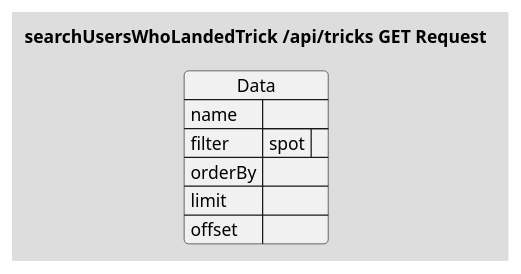
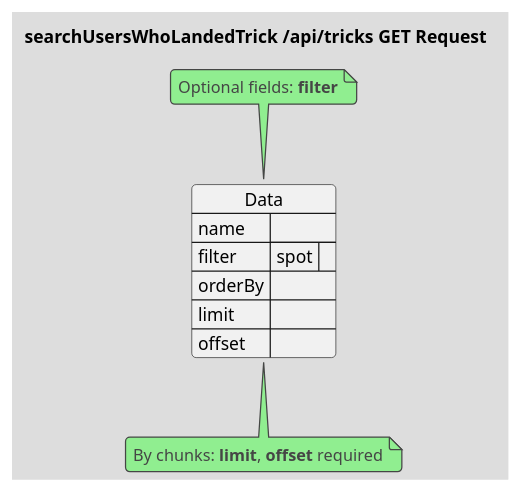
The first of 2 diagrams in api/src/Tricks/GET/searchUsersWhoLandedTrick.puml (crah-app/diagrams), drawn with PlantUML before and after one commit. The commit also changed other lines of this file and 5 other files, not shown here.

Commit message:
Added notes in Tricks diagrams

```diff
--- a/api/src/Tricks/GET/searchUsersWhoLandedTrick.puml
+++ b/api/src/Tricks/GET/searchUsersWhoLandedTrick.puml
@@ -1,15 +1,24 @@
 @startuml searchUsersWhoLandedTrick-Request
 !theme toy
+skinparam linetype ortho
 title "searchUsersWhoLandedTrick /api/tricks GET Request"
 
 json Data {
     "name": "",
     ' Optional
     "filter": {
         "spot": ""
     },
     "orderBy": "",
     "limit": "",
     "offset": ""
 }
+
+note top of Data
+    Optional fields: **filter**
+end note
+
+note bottom of Data
+    By chunks: **limit**, **offset** required
+end note
 @enduml
```
